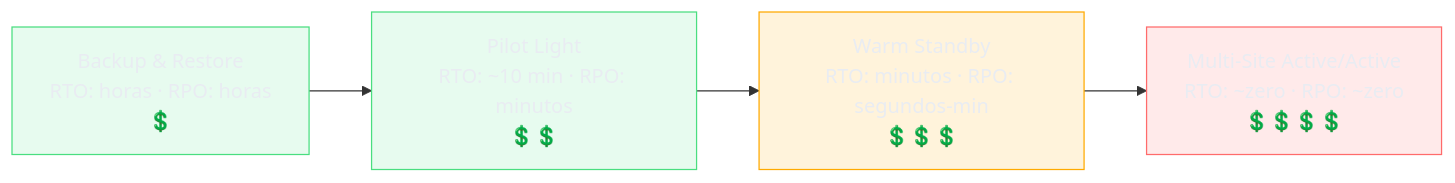
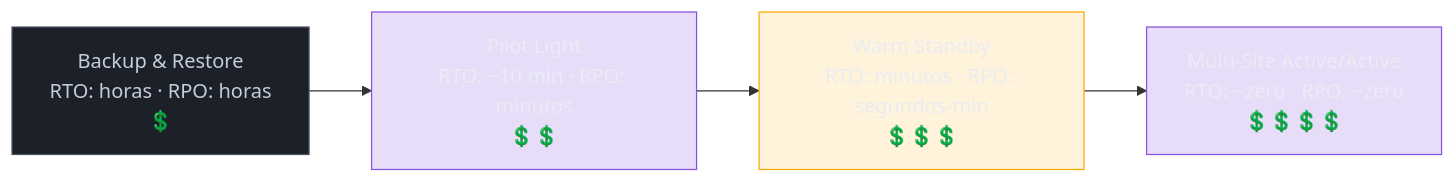
The third of 3 diagrams in 03-Dominios/Tecnologia/Cloud/20 - Resiliência e continuidade/03 - RTO, RPO e estratégias de DR.md (josenaldo/codex-technomanticus), drawn with Mermaid before and after one commit. The commit also changed 601 other files, not shown here.

````diff
--- a/03-Dominios/Tecnologia/Cloud/20 - Resiliência e continuidade/03 - RTO, RPO e estratégias de DR.md
+++ b/03-Dominios/Tecnologia/Cloud/20 - Resiliência e continuidade/03 - RTO, RPO e estratégias de DR.md
@@ -78,14 +78,14 @@
 ```mermaid
 graph LR
-    classDef ok fill:#4ADE8021,stroke:#4ADE80,color:#E9ECF2
+    classDef marca fill:#8855DF33,stroke:#8855DF,color:#E9ECF2
+    classDef neutro fill:#1B2029,stroke:#4E5666,color:#C6CCD8
     classDef destaque fill:#FFAA0024,stroke:#FFAA00,color:#E9ECF2
-    classDef falha fill:#FF6B6B24,stroke:#FF6B6B,color:#E9ECF2
     A["Backup & Restore<br/>RTO: horas · RPO: horas<br/>💲"] --> B["Pilot Light<br/>RTO: ~10 min · RPO: minutos<br/>💲💲"]
     B --> C["Warm Standby<br/>RTO: minutos · RPO: segundos-min<br/>💲💲💲"]
     C --> D["Multi-Site Active/Active<br/>RTO: ~zero · RPO: ~zero<br/>💲💲💲💲"]
 
-    class A ok
-    class B ok
+    class A neutro
+    class B marca
     class C destaque
-    class D falha
+    class D marca
 ```
````
